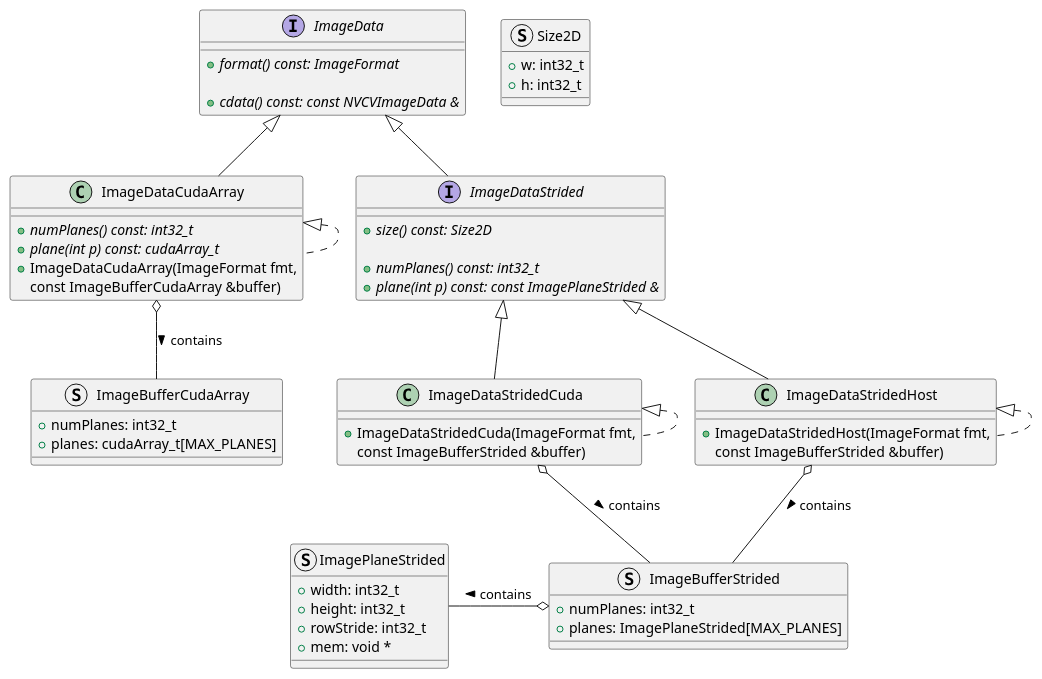
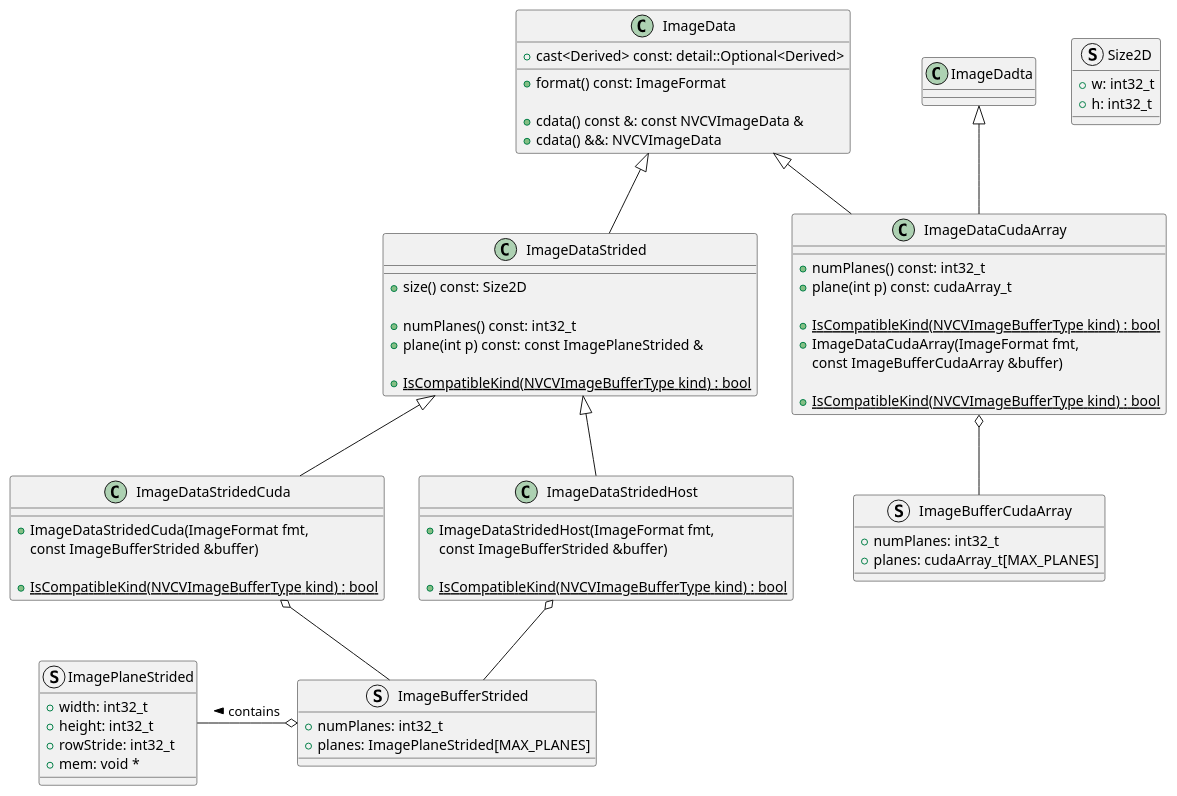
Before and after one commit to JanuszL/CV-CUDA: the diagram in docs/design/image_data_classes.puml, drawn with PlantUML. The commit also changed 1 other file, not shown here.

Commit message:
Update design (UML) files to reflect the changes in the code.

```diff
--- a/docs/design/image_data_classes.puml
+++ b/docs/design/image_data_classes.puml
@@ -13,82 +13,87 @@
 @startuml
 
-interface ImageData
+class ImageData
 {
-    + {abstract} format() const: ImageFormat
+    + format() const: ImageFormat
 
-    + {abstract} cdata() const: const NVCVImageData &
+    + cdata() const &: const NVCVImageData &
+    + cdata() &&: NVCVImageData
+
+    + cast<Derived> const: detail::Optional<Derived>
 }
 
-interface ImageDataCudaArray extends ImageData
+class ImageDataCudaArray extends ImageData
 {
-    + {abstract} numPlanes() const: int32_t
-    + {abstract} plane(int p) const: cudaArray_t
+    + numPlanes() const: int32_t
+    + plane(int p) const: cudaArray_t
+
+    + {static} IsCompatibleKind(NVCVImageBufferType kind) : bool
 }
 
 struct Size2D
 {
     + w: int32_t
     + h: int32_t
 }
 
 struct ImagePlaneStrided
 {
     + width: int32_t
     + height: int32_t
     + rowStride: int32_t
     + mem: void *
 }
 
-interface ImageDataStrided extends ImageData
+class ImageDataStrided extends ImageData
 {
-    + {abstract} size() const: Size2D
+    + size() const: Size2D
 
-    + {abstract} numPlanes() const: int32_t
-    + {abstract} plane(int p) const: const ImagePlaneStrided &
-}
+    + numPlanes() const: int32_t
+    + plane(int p) const: const ImagePlaneStrided &
 
-interface ImageDataStridedCuda implements ImageDataStrided
-{
-}
-
-interface ImageDataStridedHost implements ImageDataStrided
-{
+    + {static} IsCompatibleKind(NVCVImageBufferType kind) : bool
 }
 
 struct ImageBufferCudaArray
 {
     + numPlanes: int32_t
     + planes: cudaArray_t[MAX_PLANES]
 }
 
-class ImageDataCudaArray implements ImageDataCudaArray
+class ImageDataCudaArray extends ImageDadta
 {
     + ImageDataCudaArray(ImageFormat fmt,
                          const ImageBufferCudaArray &buffer)
+
+    + {static} IsCompatibleKind(NVCVImageBufferType kind) : bool
 }
 
 struct ImageBufferStrided
 {
     + numPlanes: int32_t
     + planes: ImagePlaneStrided[MAX_PLANES]
 }
 
-class ImageDataStridedCuda implements ImageDataStridedCuda
+class ImageDataStridedCuda extends ImageDataStrided
 {
     + ImageDataStridedCuda(ImageFormat fmt,
                            const ImageBufferStrided &buffer)
+
+    + {static} IsCompatibleKind(NVCVImageBufferType kind) : bool
 }
 
-class ImageDataStridedHost implements ImageDataStridedHost
+class ImageDataStridedHost extends ImageDataStrided
 {
     + ImageDataStridedHost(ImageFormat fmt,
-                         const ImageBufferStrided &buffer)
+                           const ImageBufferStrided &buffer)
+
+    + {static} IsCompatibleKind(NVCVImageBufferType kind) : bool
 }
 
-ImageBufferStrided -up-o ImageDataStridedHost: contains <
-ImageBufferStrided -up-o ImageDataStridedCuda: contains <
+ImageBufferStrided -up-o ImageDataStridedHost
+ImageBufferStrided -up-o ImageDataStridedCuda
 ImagePlaneStrided -right-o ImageBufferStrided: contains <
 
-ImageBufferCudaArray -up-o ImageDataCudaArray: contains <
+ImageBufferCudaArray -up-o ImageDataCudaArray
 
 @enduml
```
